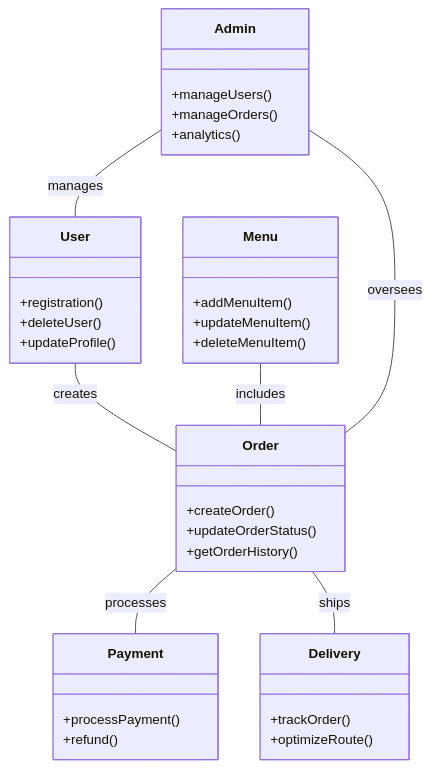
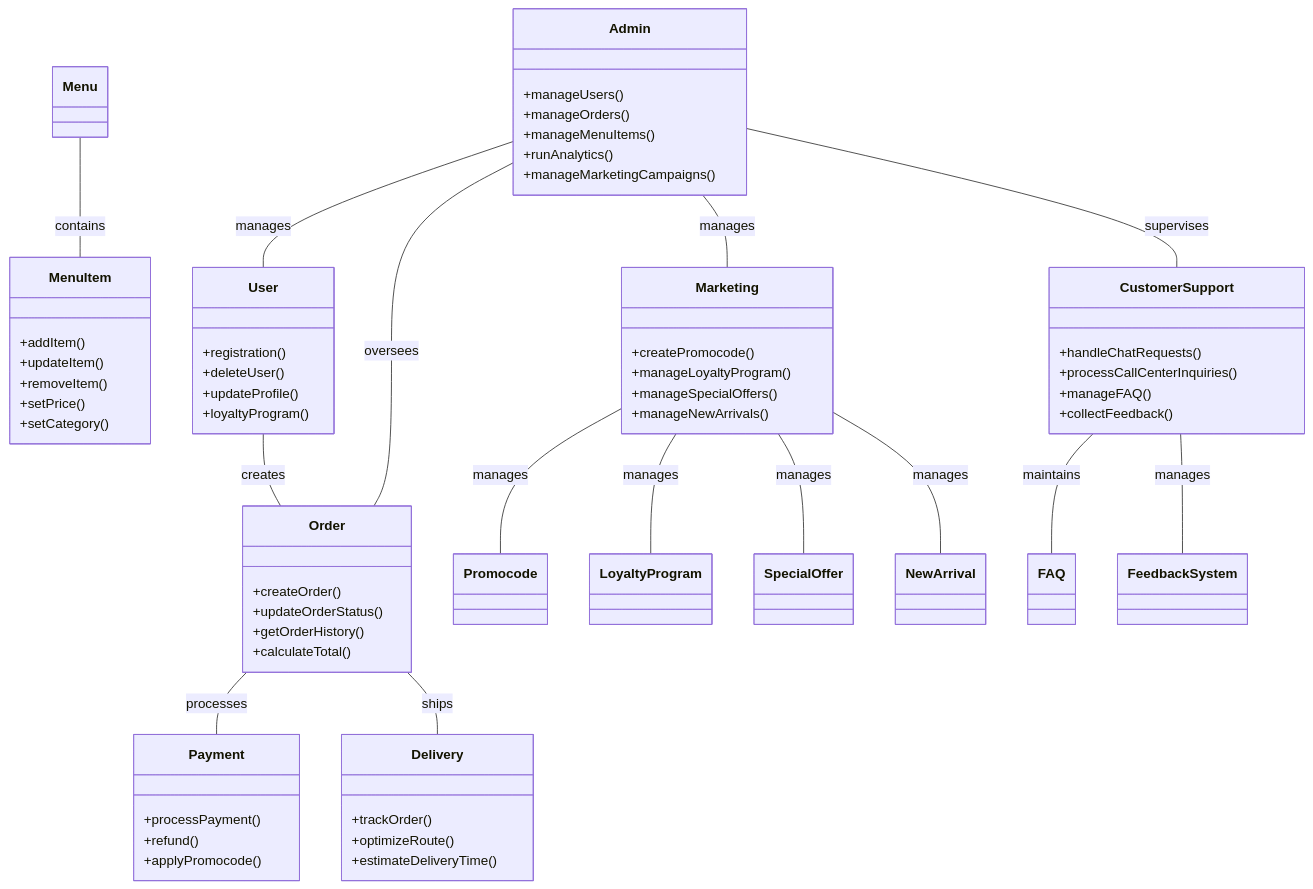
Before and after one commit to DenisKarimov8/Karimov-IS-31-Works: the second of 3 diagrams in README.md, drawn with Mermaid. The commit also changed other lines of this file, not shown here.

````diff
--- a/README.md
+++ b/README.md
@@ -138,43 +167,73 @@
 ```mermaid
 classDiagram
     class User {
         +registration()
         +deleteUser()
         +updateProfile()
+        +loyaltyProgram()
     }
 
-    class Menu {
-        +addMenuItem()
-        +updateMenuItem()
-        +deleteMenuItem()
+    class MenuItem {
+        +addItem()
+        +updateItem()
+        +removeItem()
+        +setPrice()
+        +setCategory()
     }
 
     class Order {
         +createOrder()
         +updateOrderStatus()
         +getOrderHistory()
+        +calculateTotal()
     }
 
     class Payment {
         +processPayment()
         +refund()
+        +applyPromocode()
     }
 
     class Delivery {
         +trackOrder()
         +optimizeRoute()
+        +estimateDeliveryTime()
     }
 
     class Admin {
         +manageUsers()
         +manageOrders()
-        +analytics()
+        +manageMenuItems()
+        +runAnalytics()
+        +manageMarketingCampaigns()
+    }
+
+    class Marketing {
+        +createPromocode()
+        +manageLoyaltyProgram()
+        +manageSpecialOffers()
+        +manageNewArrivals()
+    }
+
+    class CustomerSupport {
+        +handleChatRequests()
+        +processCallCenterInquiries()
+        +manageFAQ()
+        +collectFeedback()
     }
 
     User -- Order : creates
-    Menu -- Order : includes
+    Menu -- MenuItem : contains
     Order -- Payment : processes
     Order -- Delivery : ships
     Admin -- User : manages
     Admin -- Order : oversees
+    Admin -- Marketing : manages
+    Admin -- CustomerSupport : supervises
+    Marketing -- Promocode : manages
+    Marketing -- LoyaltyProgram : manages
+    Marketing -- SpecialOffer : manages
+    Marketing -- NewArrival : manages
+    CustomerSupport -- FAQ : maintains
+    CustomerSupport -- FeedbackSystem : manages
 ```
````
